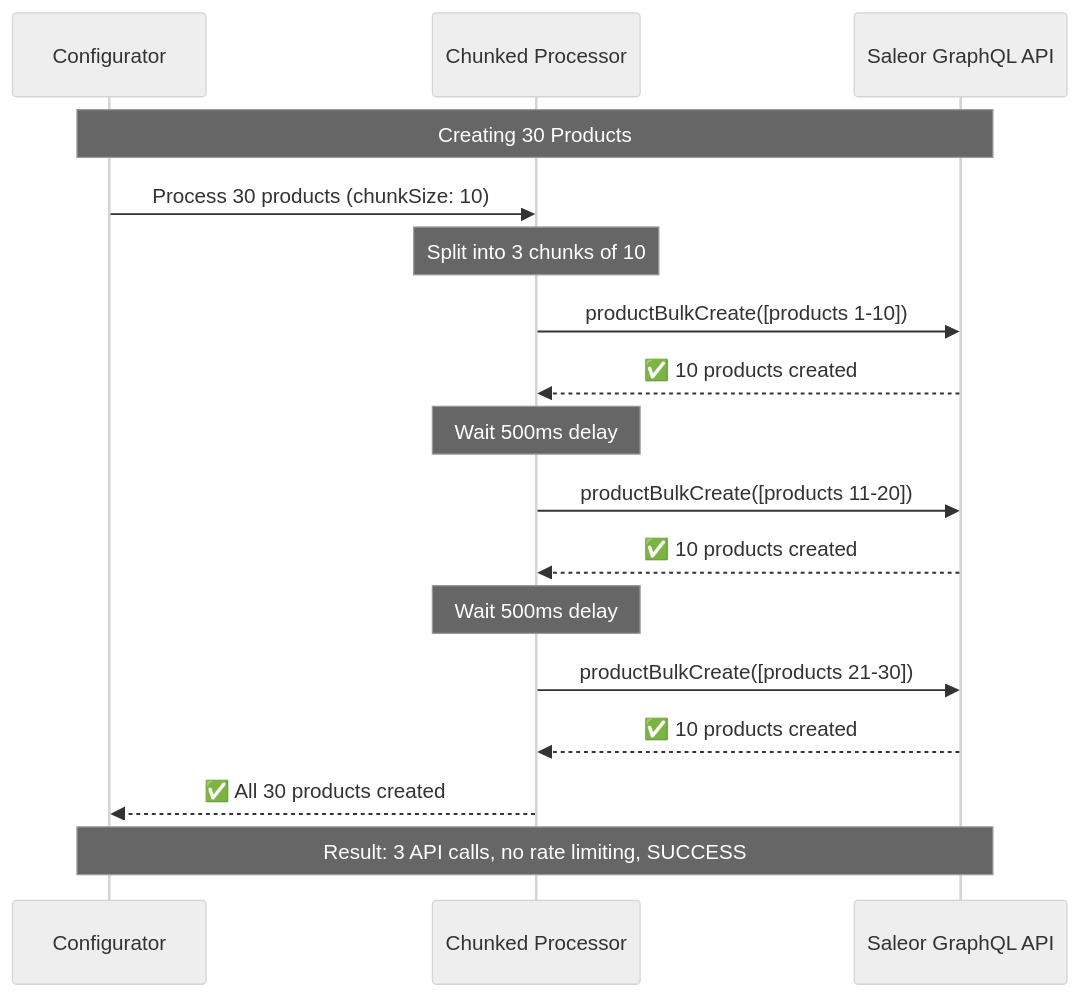
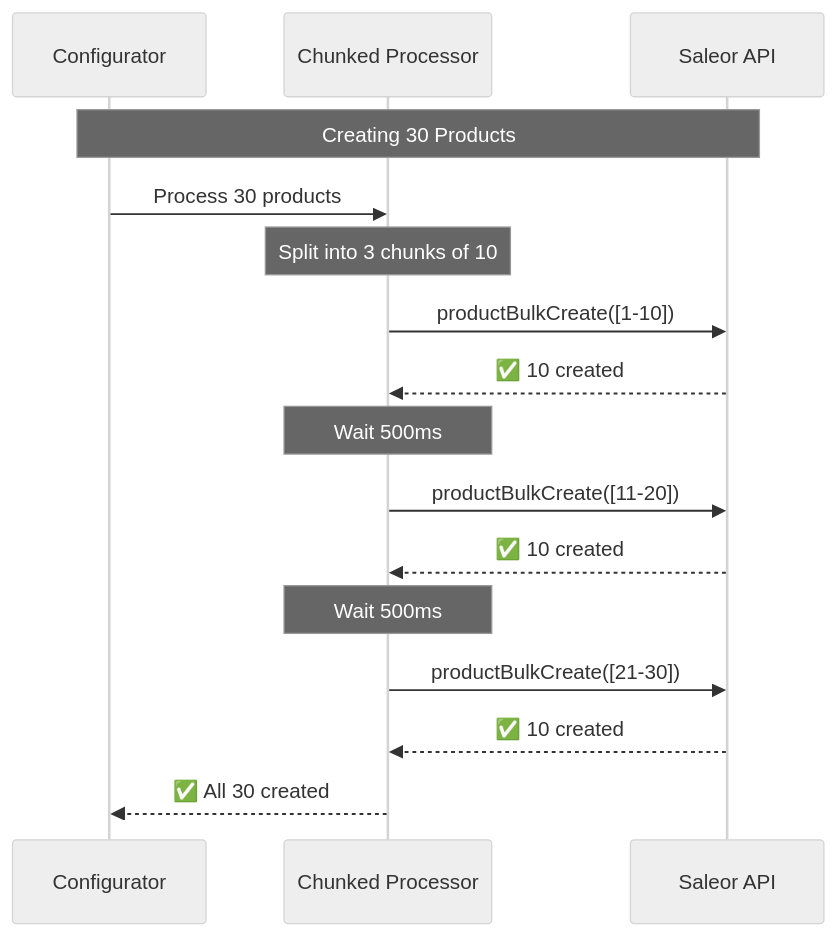
Before and after one commit to saleor/configurator: the second of 2 diagrams in docs/adr/001-bulk-mutations-optimization.md, drawn with Mermaid (neutral theme). The commit also changed other lines of this file, not shown here.

````diff
--- a/docs/adr/001-bulk-mutations-optimization.md
+++ b/docs/adr/001-bulk-mutations-optimization.md
@@ -113,29 +157,26 @@
 ```mermaid
 sequenceDiagram
     participant App as Configurator
-    participant Chunker as Chunked Processor
-    participant API as Saleor GraphQL API
+    participant Processor as Chunked Processor
+    participant API as Saleor API
 
     Note over App,API: Creating 30 Products
 
-    App->>Chunker: Process 30 products (chunkSize: 10)
+    App->>Processor: Process 30 products
+    Note over Processor: Split into 3 chunks of 10
 
-    Note over Chunker: Split into 3 chunks of 10
+    Processor->>API: productBulkCreate([1-10])
+    API-->>Processor: ✅ 10 created
 
-    Chunker->>API: productBulkCreate([products 1-10])
-    API-->>Chunker: ✅ 10 products created
+    Note over Processor: Wait 500ms
 
-    Note over Chunker: Wait 500ms delay
+    Processor->>API: productBulkCreate([11-20])
+    API-->>Processor: ✅ 10 created
 
-    Chunker->>API: productBulkCreate([products 11-20])
-    API-->>Chunker: ✅ 10 products created
+    Note over Processor: Wait 500ms
 
-    Note over Chunker: Wait 500ms delay
+    Processor->>API: productBulkCreate([21-30])
+    API-->>Processor: ✅ 10 created
 
-    Chunker->>API: productBulkCreate([products 21-30])
-    API-->>Chunker: ✅ 10 products created
-
-    Chunker-->>App: ✅ All 30 products created
-
-    Note over App,API: Result: 3 API calls, no rate limiting, SUCCESS
+    Processor-->>App: ✅ All 30 created
 ```
````
